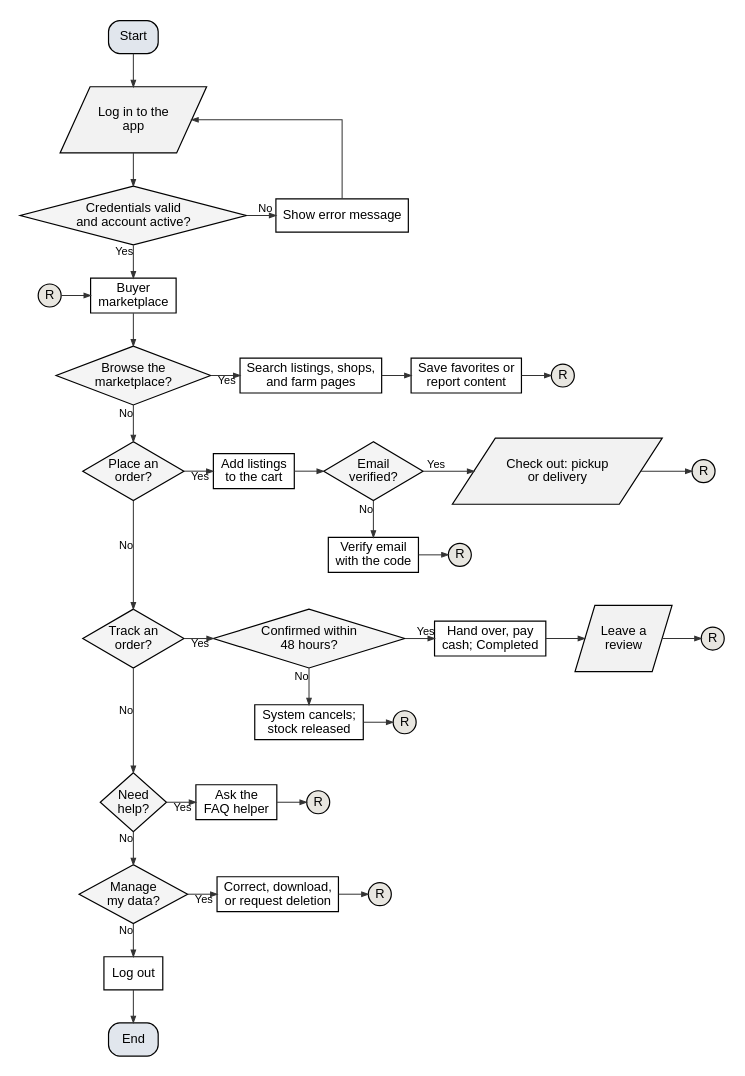
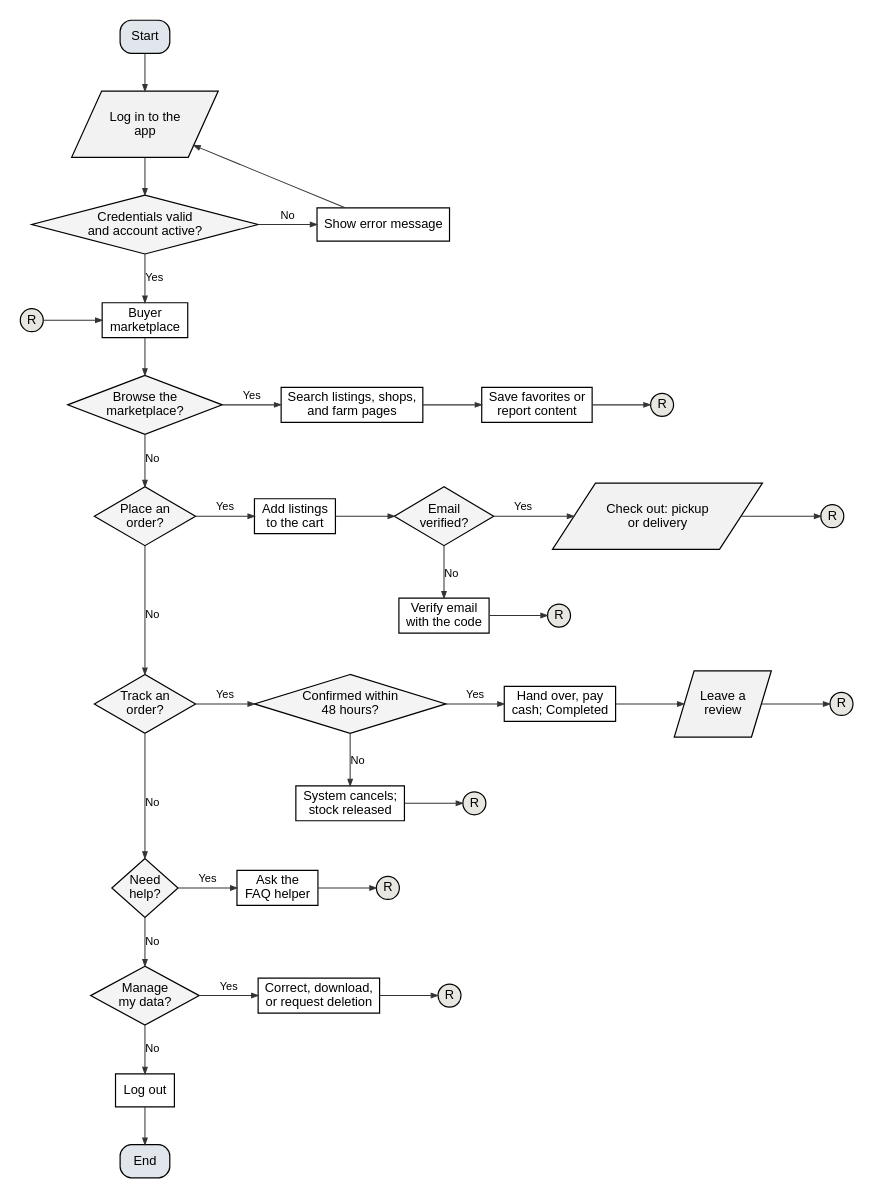
The diagram in docs/manuscript/figures/src/fig5e_flow_buyer.dot (shawncastaneda11-commits/anihow-backend), drawn with Graphviz before and after one commit. The commit also changed 18 other files, not shown here.

First line of the commit message:
docs(manuscript): keep flowchart and context-diagram labels off the lines

```diff
--- a/docs/manuscript/figures/src/fig5e_flow_buyer.dot
+++ b/docs/manuscript/figures/src/fig5e_flow_buyer.dot
@@ -1,89 +1,89 @@
 digraph G {
-  graph [rankdir=TB, nodesep=0.45, ranksep=0.5, pad=0.2, fontname="Liberation Sans", newrank=true, splines=ortho];
+  graph [rankdir=TB, nodesep=0.45, ranksep=0.55, pad=0.2, fontname="Liberation Sans", newrank=true, splines=polyline];
   node  [fontname="Liberation Sans", fontsize=14, penwidth=1.3, style=filled, fillcolor="#FFFFFF", margin="0.12,0.06"];
   edge  [penwidth=1.1, arrowsize=0.7, color="#333333", fontname="Liberation Sans", fontsize=12];
   s [shape=box, style="rounded,filled", fillcolor="#E1E6ED", label="Start"];
   li [shape=parallelogram, fillcolor="#F2F2F2", label="Log in to the\napp", margin="0.02,0.04"];
   ok [shape=diamond, fillcolor="#F4F4F4", label="Credentials valid\nand account active?", margin="0.02,0.02"];
   err [shape=box, label="Show error message"];
   ain [shape=circle, width=0.35, fixedsize=true, fillcolor="#E8E6E0", label="R"];
   home [shape=box, label="Buyer\nmarketplace"];
   lo [shape=box, label="Log out"];
   end [shape=box, style="rounded,filled", fillcolor="#E1E6ED", label="End"];
   s -> li;
   li -> ok;
-  ok -> err [xlabel="No"];
+  ok -> err [label="No"];
   err -> li [constraint=false];
-  ok -> home [xlabel="Yes"];
+  ok -> home [label="Yes"];
   ain -> home;
   {rank=same; ok err}
   {rank=same; home ain}
   q0 [shape=diamond, fillcolor="#F4F4F4", label="Browse the\nmarketplace?", margin="0.02,0.02"];
   home -> q0;
   s0_0 [shape=box, label="Search listings, shops,\nand farm pages"];
-  q0 -> s0_0 [xlabel="Yes"];
+  q0 -> s0_0 [label="Yes"];
   s0_1 [shape=box, label="Save favorites or\nreport content"];
   s0_0 -> s0_1;
   r0 [shape=circle, width=0.35, fixedsize=true, fillcolor="#E8E6E0", label="R"];
   s0_1 -> r0;
   {rank=same; q0; s0_0; s0_1; r0}
   q1 [shape=diamond, fillcolor="#F4F4F4", label="Place an\norder?", margin="0.02,0.02"];
-  q0 -> q1 [xlabel="No"];
+  q0 -> q1 [label="No"];
   s1_0 [shape=box, label="Add listings\nto the cart"];
-  q1 -> s1_0 [xlabel="Yes"];
+  q1 -> s1_0 [label="Yes"];
   s1_1 [shape=diamond, fillcolor="#F4F4F4", label="Email\nverified?", margin="0.02,0.02"];
   s1_0 -> s1_1;
   a1_1 [shape=box, label="Verify email\nwith the code"];
   xa1_1 [shape=circle, width=0.35, fixedsize=true, fillcolor="#E8E6E0", label="R"];
-  s1_1 -> a1_1 [xlabel="No"];
+  s1_1 -> a1_1 [label="No"];
   a1_1 -> xa1_1;
   {rank=same; a1_1; xa1_1}
   s1_2 [shape=parallelogram, fillcolor="#F2F2F2", label="Check out: pickup\nor delivery", margin="0.02,0.04"];
-  s1_1 -> s1_2 [xlabel="Yes"];
+  s1_1 -> s1_2 [label="Yes"];
   r1 [shape=circle, width=0.35, fixedsize=true, fillcolor="#E8E6E0", label="R"];
   s1_2 -> r1;
   {rank=same; q1; s1_0; s1_1; s1_2; r1}
   q2 [shape=diamond, fillcolor="#F4F4F4", label="Track an\norder?", margin="0.02,0.02"];
-  q1 -> q2 [xlabel="No", minlen=2];
+  q1 -> q2 [label="No", minlen=2];
   s2_0 [shape=diamond, fillcolor="#F4F4F4", label="Confirmed within\n48 hours?", margin="0.02,0.02"];
-  q2 -> s2_0 [xlabel="Yes"];
+  q2 -> s2_0 [label="Yes"];
   a2_0 [shape=box, label="System cancels;\nstock released"];
   xa2_0 [shape=circle, width=0.35, fixedsize=true, fillcolor="#E8E6E0", label="R"];
-  s2_0 -> a2_0 [xlabel="No"];
+  s2_0 -> a2_0 [label="No"];
   a2_0 -> xa2_0;
   {rank=same; a2_0; xa2_0}
   s2_1 [shape=box, label="Hand over, pay\ncash; Completed"];
-  s2_0 -> s2_1 [xlabel="Yes"];
+  s2_0 -> s2_1 [label="Yes"];
   s2_2 [shape=parallelogram, fillcolor="#F2F2F2", label="Leave a\nreview", margin="0.02,0.04"];
   s2_1 -> s2_2;
   r2 [shape=circle, width=0.35, fixedsize=true, fillcolor="#E8E6E0", label="R"];
   s2_2 -> r2;
   {rank=same; q2; s2_0; s2_1; s2_2; r2}
   q3 [shape=diamond, fillcolor="#F4F4F4", label="Need\nhelp?", margin="0.02,0.02"];
-  q2 -> q3 [xlabel="No", minlen=2];
+  q2 -> q3 [label="No", minlen=2];
   s3_0 [shape=box, label="Ask the\nFAQ helper"];
-  q3 -> s3_0 [xlabel="Yes"];
+  q3 -> s3_0 [label="Yes"];
   r3 [shape=circle, width=0.35, fixedsize=true, fillcolor="#E8E6E0", label="R"];
   s3_0 -> r3;
   {rank=same; q3; s3_0; r3}
   q4 [shape=diamond, fillcolor="#F4F4F4", label="Manage\nmy data?", margin="0.02,0.02"];
-  q3 -> q4 [xlabel="No"];
+  q3 -> q4 [label="No"];
   s4_0 [shape=box, label="Correct, download,\nor request deletion"];
-  q4 -> s4_0 [xlabel="Yes"];
+  q4 -> s4_0 [label="Yes"];
   r4 [shape=circle, width=0.35, fixedsize=true, fillcolor="#E8E6E0", label="R"];
   s4_0 -> r4;
   {rank=same; q4; s4_0; r4}
-  q4 -> lo [xlabel="No"];
+  q4 -> lo [label="No"];
   lo -> end;
   s [group=trunk];
   li [group=trunk];
   ok [group=trunk];
   home [group=trunk];
   lo [group=trunk];
   end [group=trunk];
   q0 [group=trunk];
   q1 [group=trunk];
   q2 [group=trunk];
   q3 [group=trunk];
   q4 [group=trunk];
 }
```
